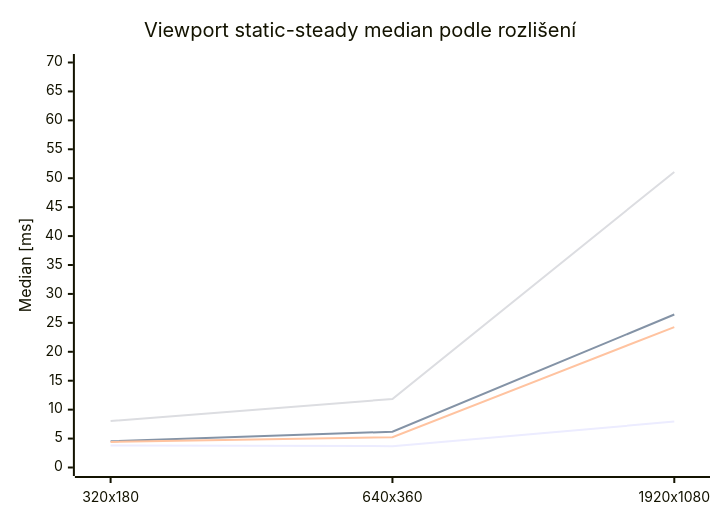
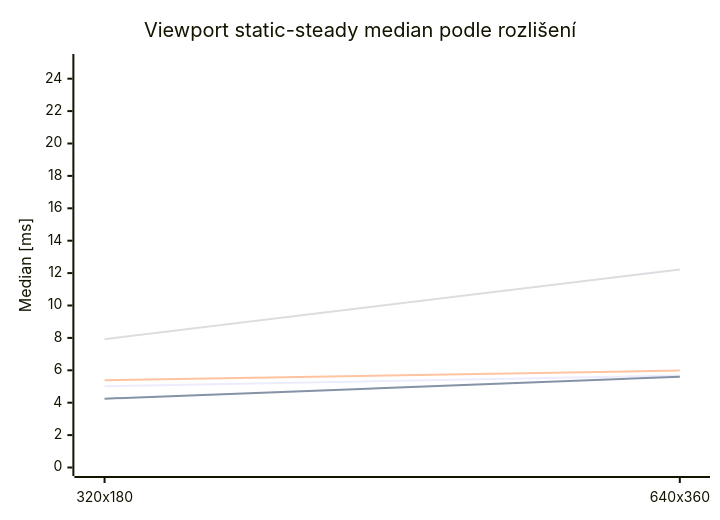
The first of 13 diagrams in README.md (Esperosa/3D-Renderer-Josefina---PGR2), drawn with Mermaid before and after one commit. The commit also changed other lines of this file and 17 other files, not shown here.

````diff
--- a/README.md
+++ b/README.md
@@ -279,10 +285,10 @@
 ```mermaid
 xychart-beta
   title "Viewport static-steady median podle rozlišení"
-  x-axis ["320x180", "640x360", "1920x1080"]
-  y-axis "Median [ms]" 0 --> 70
-  line "Raster / PHONG" [3.82, 3.69, 7.93]
-  line "Temporal Noise" [4.52, 6.19, 26.45]
-  line "Hex Mosaic" [4.41, 5.24, 24.27]
-  line "Dithering" [8.03, 11.84, 51.09]
+  x-axis ["320x180", "640x360"]
+  y-axis "Median [ms]" 0 --> 25
+  line "Raster / PHONG" [5.01, 5.68]
+  line "Temporal Noise" [4.25, 5.60]
+  line "Hex Mosaic" [5.38, 5.98]
+  line "Dithering" [7.92, 12.22]
 ```
````
